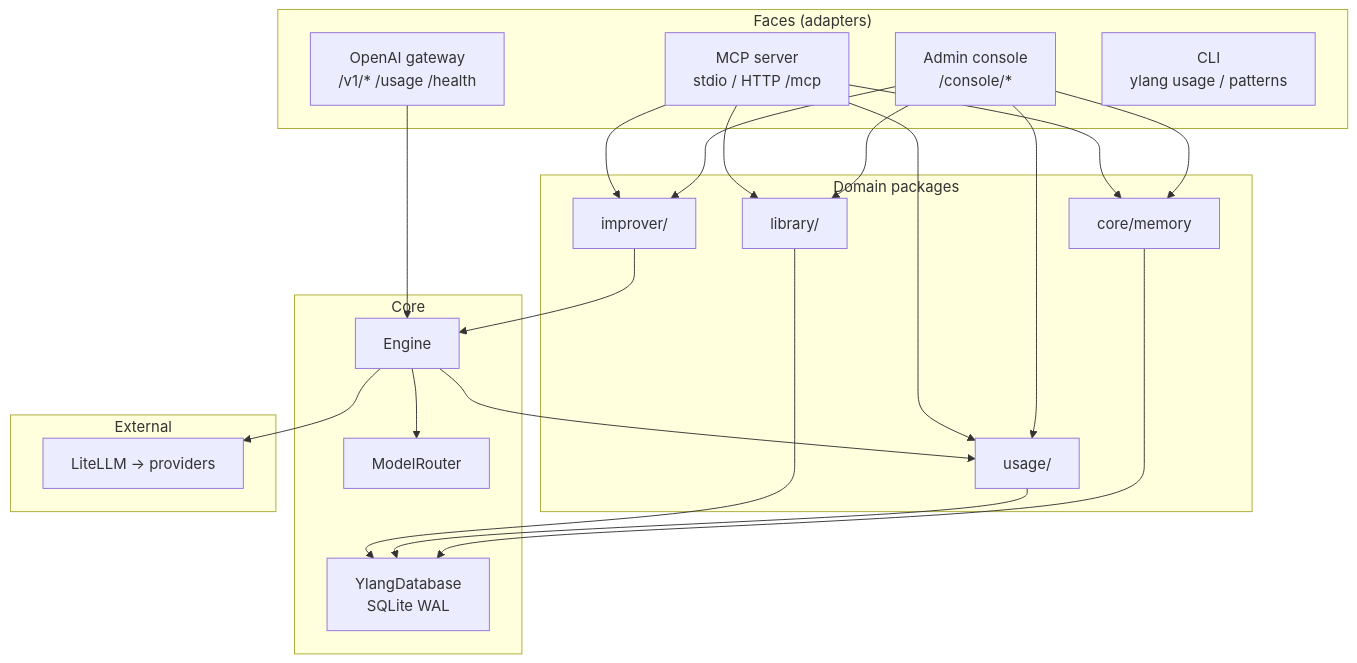
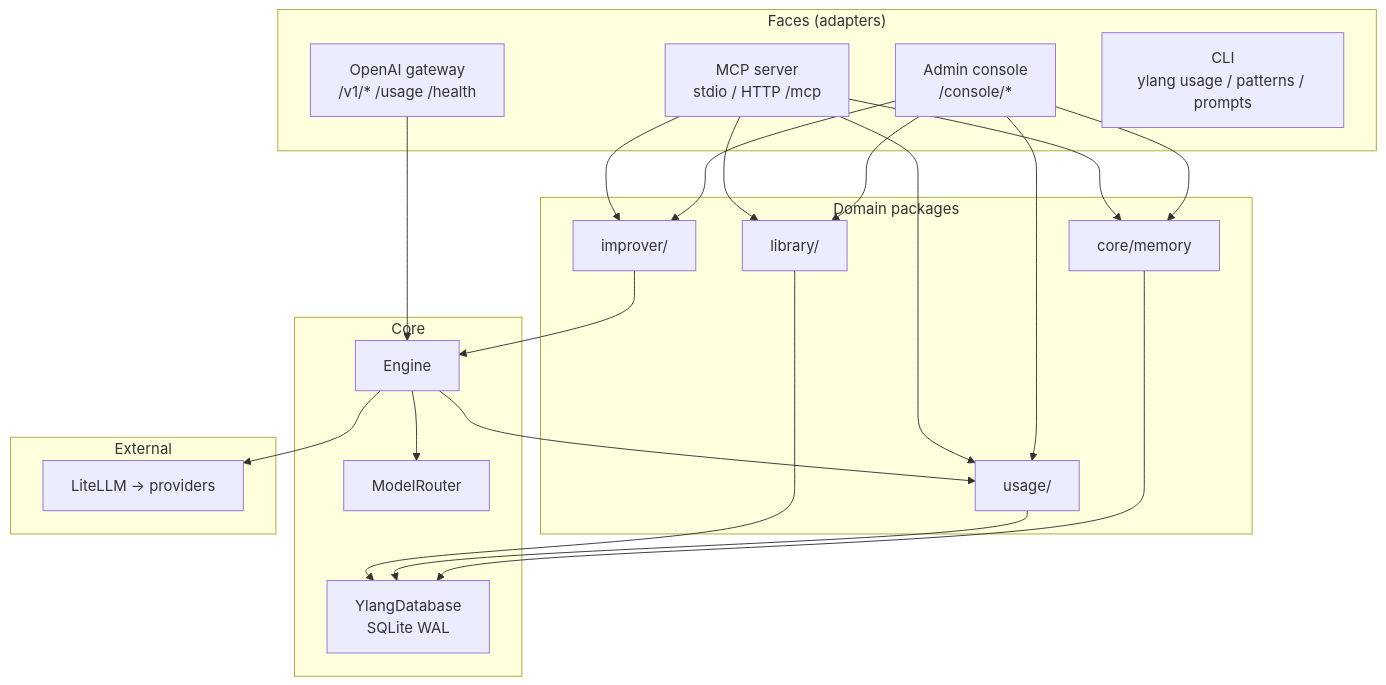
One commit to Yann-0/ylang changed the first of 3 diagrams in docs/architecture.md. Above: the diagram before and after it, drawn with Mermaid. The commit also changed other lines of this file and 89 other files, not shown here.

````diff
--- a/docs/architecture.md
+++ b/docs/architecture.md
@@ -17,43 +17,43 @@
 ```mermaid
 flowchart TB
     subgraph faces["Faces (adapters)"]
         MCP["MCP server<br/>stdio / HTTP /mcp"]
         GW["OpenAI gateway<br/>/v1/* /usage /health"]
         CON["Admin console<br/>/console/*"]
-        CLI["CLI<br/>ylang usage / patterns"]
+        CLI["CLI<br/>ylang usage / patterns / prompts"]
     end
 
     subgraph domain["Domain packages"]
         IMP["improver/"]
         LIB["library/"]
         USG["usage/"]
         MEM["core/memory"]
     end
 
     subgraph core["Core"]
         ENG["Engine"]
         RTR["ModelRouter"]
         DB["YlangDatabase<br/>SQLite WAL"]
     end
 
     subgraph external["External"]
         LLM["LiteLLM → providers"]
     end
 
     MCP --> IMP
     MCP --> LIB
     MCP --> USG
     MCP --> MEM
     CON --> IMP
     CON --> LIB
     CON --> USG
     CON --> MEM
     GW --> ENG
     IMP --> ENG
     ENG --> RTR
     ENG --> USG
     ENG --> LLM
     LIB --> DB
     USG --> DB
     MEM --> DB
 ```
````
